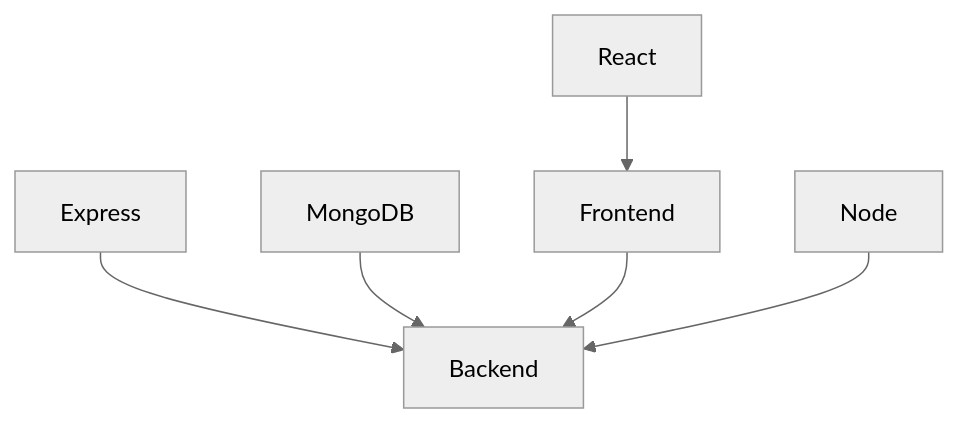
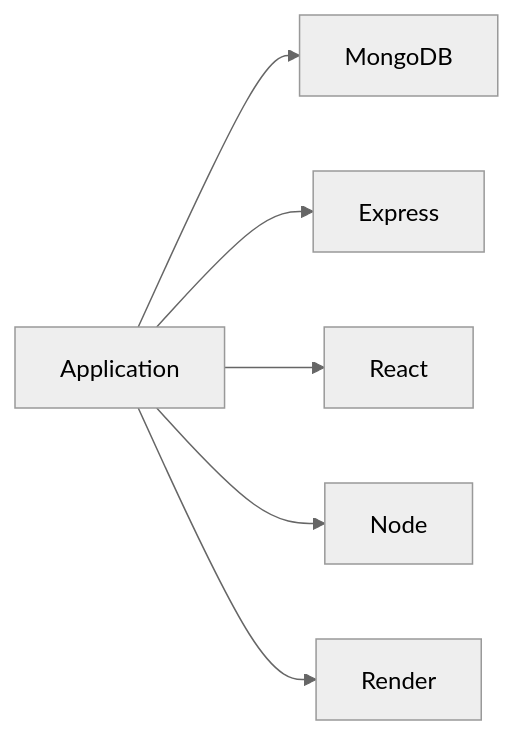
Before and after one commit to SaiTeja-1701/codeAtlas101: the third of 3 diagrams in server/generated_docs/B09.git/architecture.md, drawn with Mermaid (neutral theme). The commit also changed other lines of this file and 10 other files, not shown here.

````diff
--- a/server/generated_docs/B09.git/architecture.md
+++ b/server/generated_docs/B09.git/architecture.md
@@ -81,8 +80,8 @@
 ```mermaid
-graph TD
-    A[Express] --> B[Backend]
-    C[MongoDB] --> B
-    D[React] --> E[Frontend]
-    E --> B
-    F[Node] --> B
+graph LR
+    A[Application] --> B1[MongoDB]
+    A --> B2[Express]
+    A --> B3[React]
+    A --> B4[Node]
+    A --> B5[Render]
 ```
````
